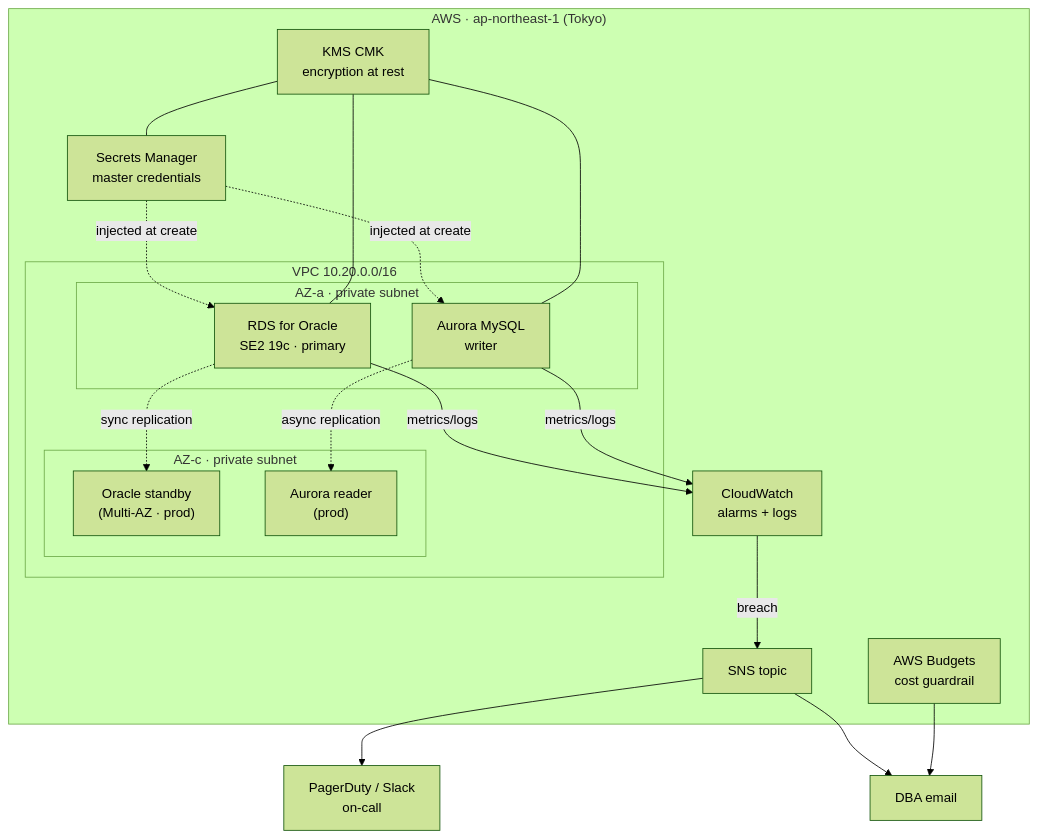
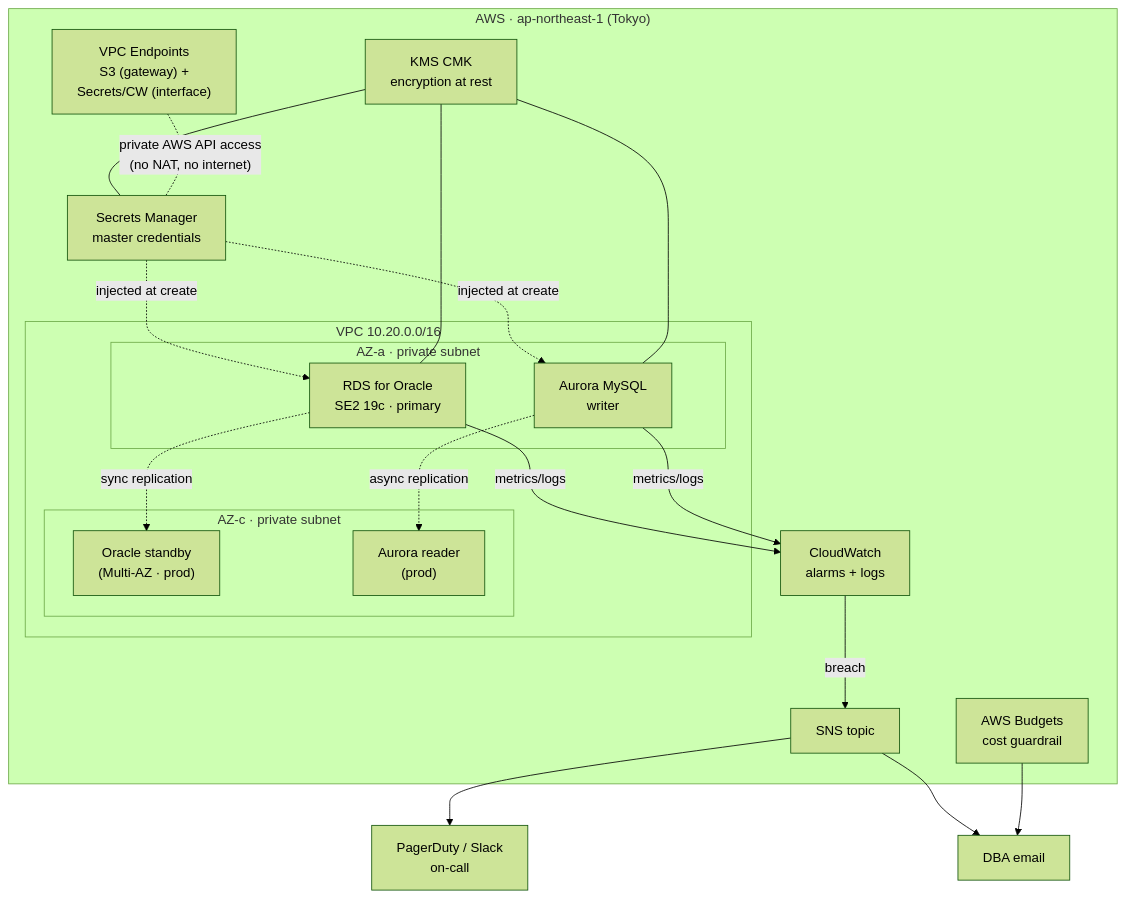
Before and after one commit to PKXIII/just-rds-oracle-aurora-platform-test-project: the diagram in README.md, drawn with Mermaid (forest theme). The commit also changed other lines of this file and 8 other files, not shown here.

First line of the commit message:
feat: VPC endpoints + README failover/DR demo and screenshot guide

````diff
--- a/README.md
+++ b/README.md
@@ -42,39 +42,42 @@
 ```mermaid
 flowchart TB
     subgraph AWS["AWS · ap-northeast-1 (Tokyo)"]
         subgraph VPC["VPC 10.20.0.0/16"]
             subgraph AZa["AZ-a · private subnet"]
                 Ora["RDS for Oracle\nSE2 19c · primary"]
                 AurW["Aurora MySQL\nwriter"]
             end
             subgraph AZc["AZ-c · private subnet"]
                 OraS["Oracle standby\n(Multi-AZ · prod)"]
                 AurR["Aurora reader\n(prod)"]
             end
         end
 
         KMS["KMS CMK\nencryption at rest"]
         SM["Secrets Manager\nmaster credentials"]
         CW["CloudWatch\nalarms + logs"]
         SNS["SNS topic"]
         Budget["AWS Budgets\ncost guardrail"]
+        VPCE["VPC Endpoints\nS3 (gateway) +\nSecrets/CW (interface)"]
     end
 
     PD["PagerDuty / Slack\non-call"]
     Mail["DBA email"]
 
     SM -. injected at create .-> Ora
     SM -. injected at create .-> AurW
     KMS --- Ora
     KMS --- AurW
     KMS --- SM
     Ora -- metrics/logs --> CW
     AurW -- metrics/logs --> CW
     CW -- breach --> SNS
     SNS --> PD
     SNS --> Mail
     Budget --> Mail
 
     Ora -. sync replication .-> OraS
     AurW -. async replication .-> AurR
+
+    VPCE -. private AWS API access\n(no NAT, no internet) .- SM
 ```
````
